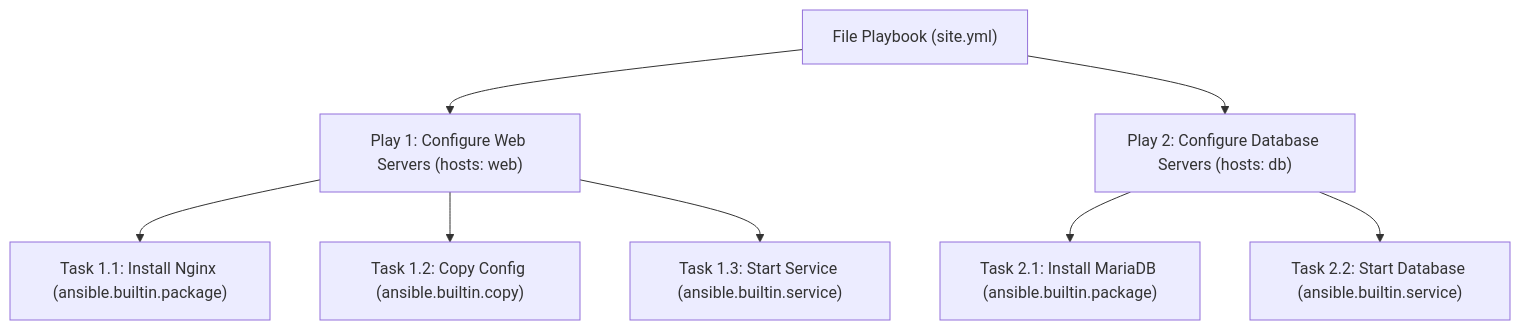
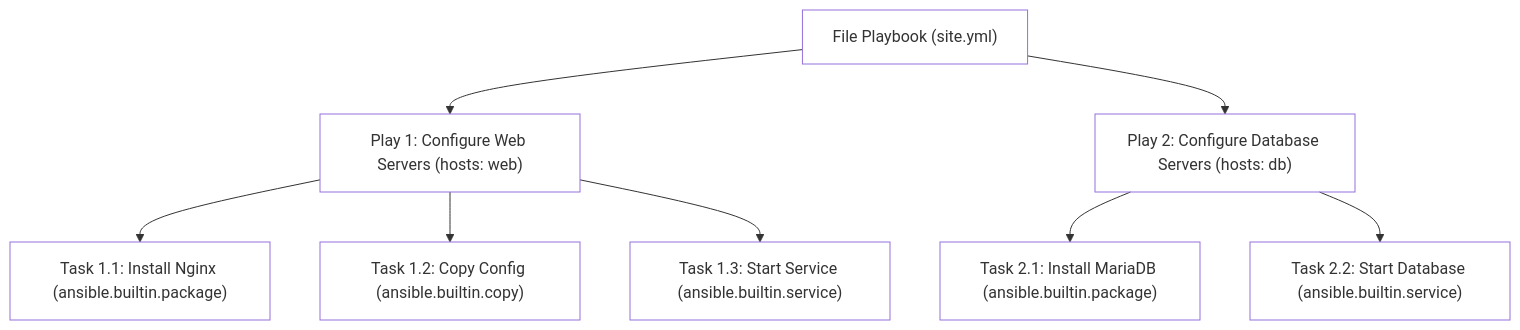
Before and after one commit to kiennt308/ntk: the first of 3 diagrams in _posts/2026-09-13-ansible-05-05-playbook-dau-tien.md, drawn with Mermaid. The commit also changed other lines of this file and 30 other files, not shown here.

````diff
--- a/_posts/2026-09-13-ansible-05-05-playbook-dau-tien.md
+++ b/_posts/2026-09-13-ansible-05-05-playbook-dau-tien.md
@@ -83,12 +83,21 @@
 ```mermaid
 graph TD
     PB["File Playbook (site.yml)"] --> P1["Play 1: Configure Web Servers (hosts: web)"]
     PB --> P2["Play 2: Configure Database Servers (hosts: db)"]
     
     P1 --> T1["Task 1.1: Install Nginx (ansible.builtin.package)"]
     P1 --> T2["Task 1.2: Copy Config (ansible.builtin.copy)"]
     P1 --> T3["Task 1.3: Start Service (ansible.builtin.service)"]
     
     P2 --> T4["Task 2.1: Install MariaDB (ansible.builtin.package)"]
     P2 --> T5["Task 2.2: Start Database (ansible.builtin.service)"]
+
+    style PB fill:none
+    style P1 fill:none
+    style P2 fill:none
+    style T1 fill:none
+    style T2 fill:none
+    style T3 fill:none
+    style T4 fill:none
+    style T5 fill:none
 ```
````
